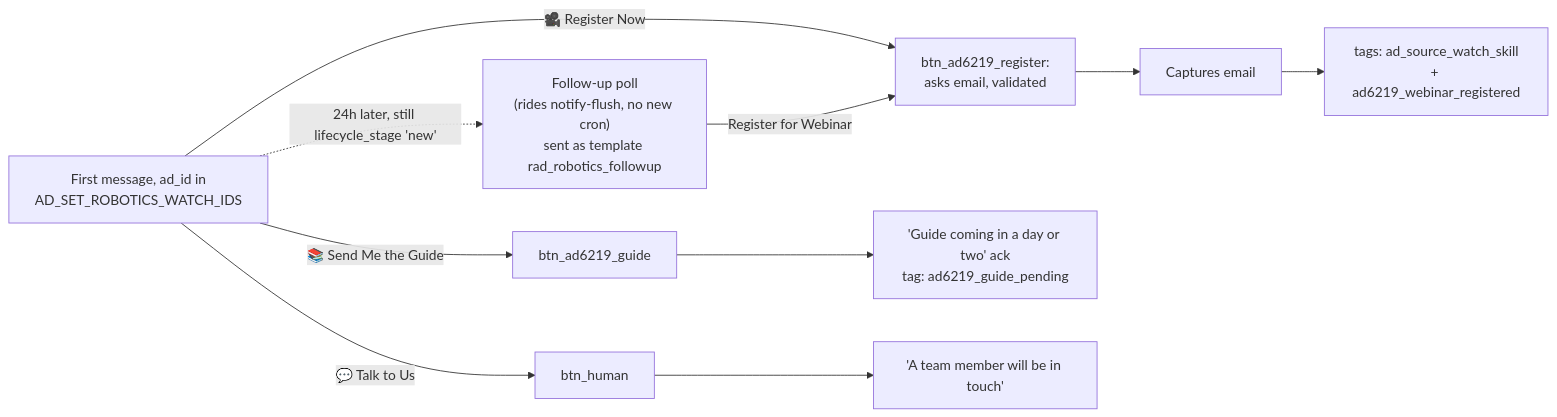
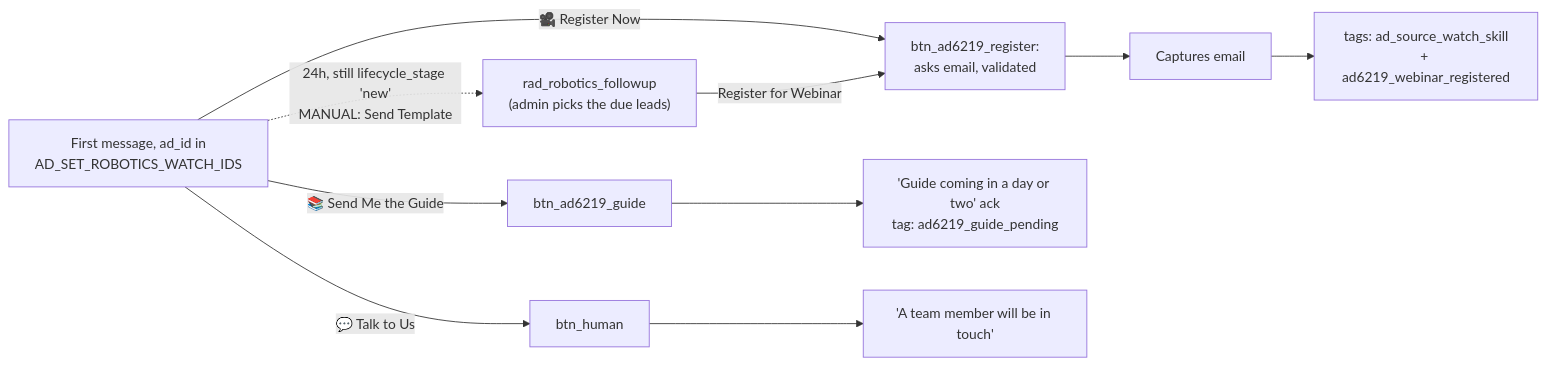
One commit to TeacherAlfred/rad-pioneer-lms changed the second of 8 diagrams in docs/artifacts/lead-funnel-automation-map.md. Above: the diagram before and after it, drawn with Mermaid. The commit also changed other lines of this file and 2 other files, not shown here.

First line of the commit message:
Revert ad follow-up to a manual send instead of the automated poll

````diff
--- a/docs/artifacts/lead-funnel-automation-map.md
+++ b/docs/artifacts/lead-funnel-automation-map.md
@@ -82,15 +82,15 @@
 ```mermaid
 flowchart LR
     A["First message, ad_id in<br/>AD_SET_ROBOTICS_WATCH_IDS"] -->|🎥 Register Now| B[btn_ad6219_register:<br/>asks email, validated]
     B --> C[Captures email]
     C --> D["tags: ad_source_watch_skill<br/>+ ad6219_webinar_registered"]
 
     A -->|📚 Send Me the Guide| E[btn_ad6219_guide]
     E --> F["'Guide coming in a day or two' ack<br/>tag: ad6219_guide_pending"]
 
     A -->|💬 Talk to Us| G[btn_human]
     G --> H["'A team member will be in touch'"]
 
-    A -.->|24h later, still lifecycle_stage 'new'| I["Follow-up poll<br/>(rides notify-flush, no new cron)<br/>sent as template rad_robotics_followup"]
+    A -.->|24h, still lifecycle_stage 'new'<br/>MANUAL: Send Template| I["rad_robotics_followup<br/>(admin picks the due leads)"]
     I -->|Register for Webinar| B
 ```
````
